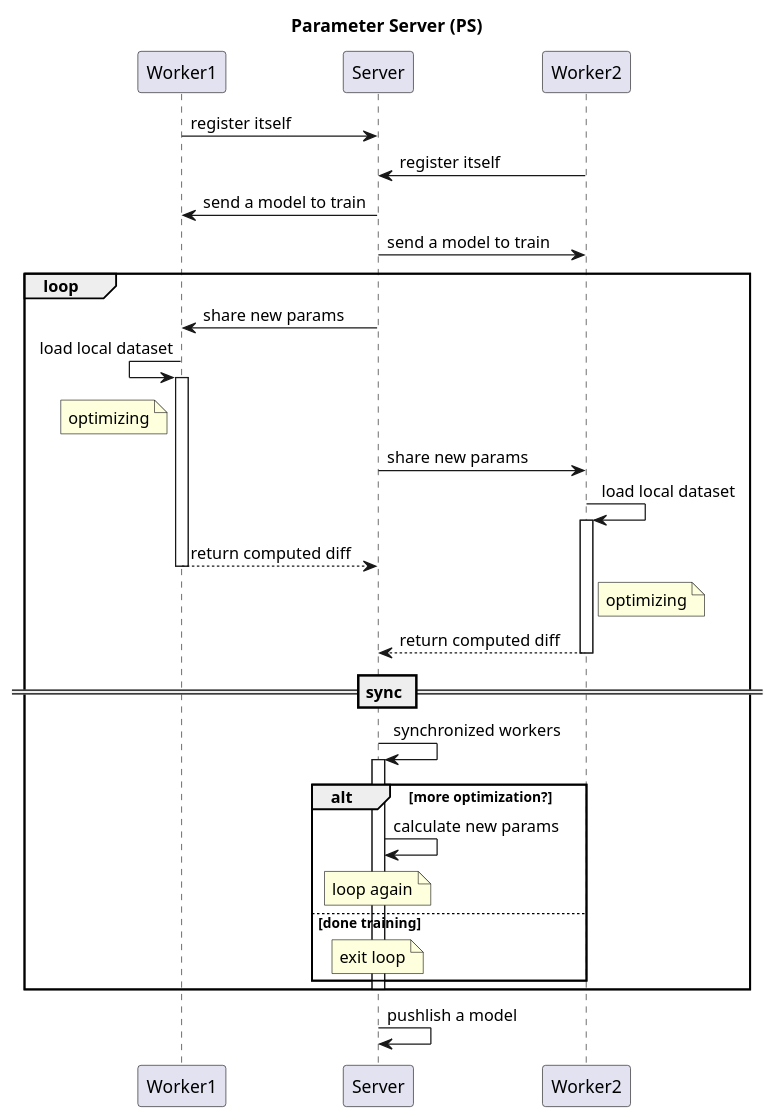
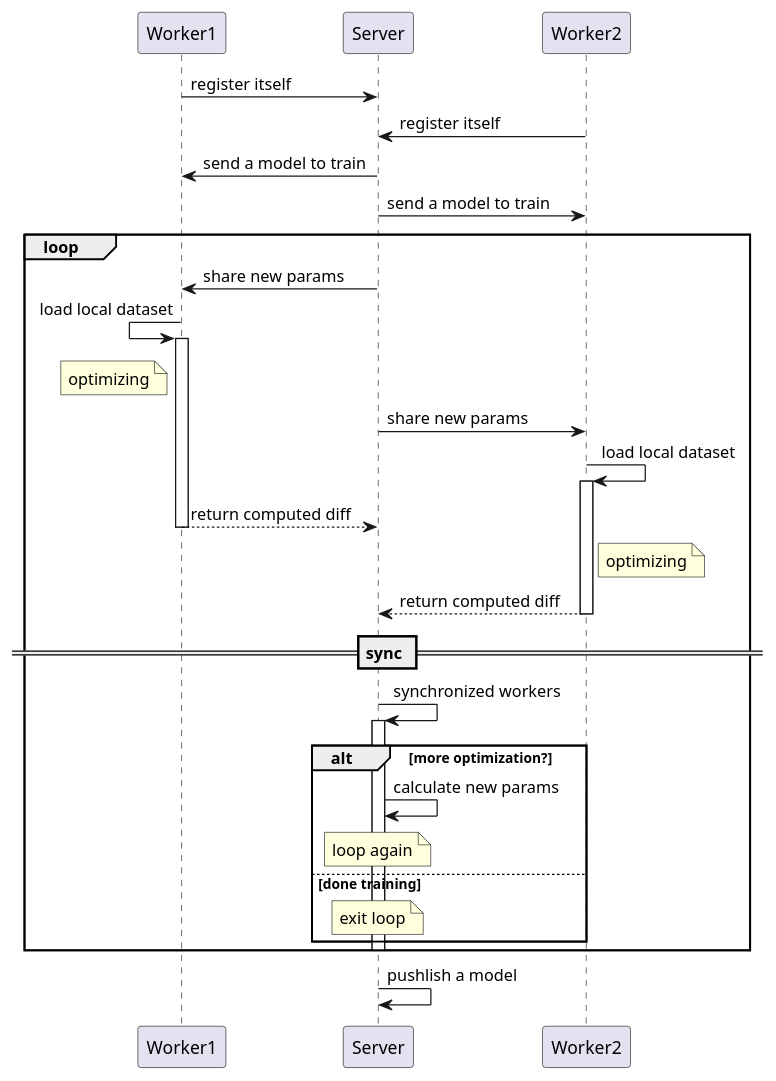
The diagram in ps-seq.puml (doyu/elc2019), drawn with PlantUML before and after one commit. The commit also changed 2 other files, not shown here.

```diff
--- a/ps-seq.puml
+++ b/ps-seq.puml
@@ -1,43 +1,43 @@
 @startuml
 
-title Parameter Server (PS)
+'title Parameter Server (PS)
 
 
 Worker1 -> Server : register itself
 Server <- Worker2: register itself
 
 Server -> Worker1: send a model to train
 Server -> Worker2: send a model to train
 
 loop
 
 Server -> Worker1: share new params
 Worker1 <- Worker1: load local dataset
 activate Worker1
 note left of Worker1: optimizing
 Server -> Worker2: share new params
 Worker2 -> Worker2: load local dataset
 activate Worker2
 Worker1 --> Server: return computed diff
 deactivate Worker1
 note right of Worker2: optimizing
 Worker2 --> Server: return computed diff
 deactivate Worker2
 
 == sync ==
 
 Server -> Server: synchronized workers
 
 activate Server
 alt more optimization?
 Server -> Server : calculate new params
 note over Server : loop again
 else done training
 note over Server: exit loop
 end
 deactivate Server
 end
 
 Server -> Server: pushlish a model
 
 @enduml
```
